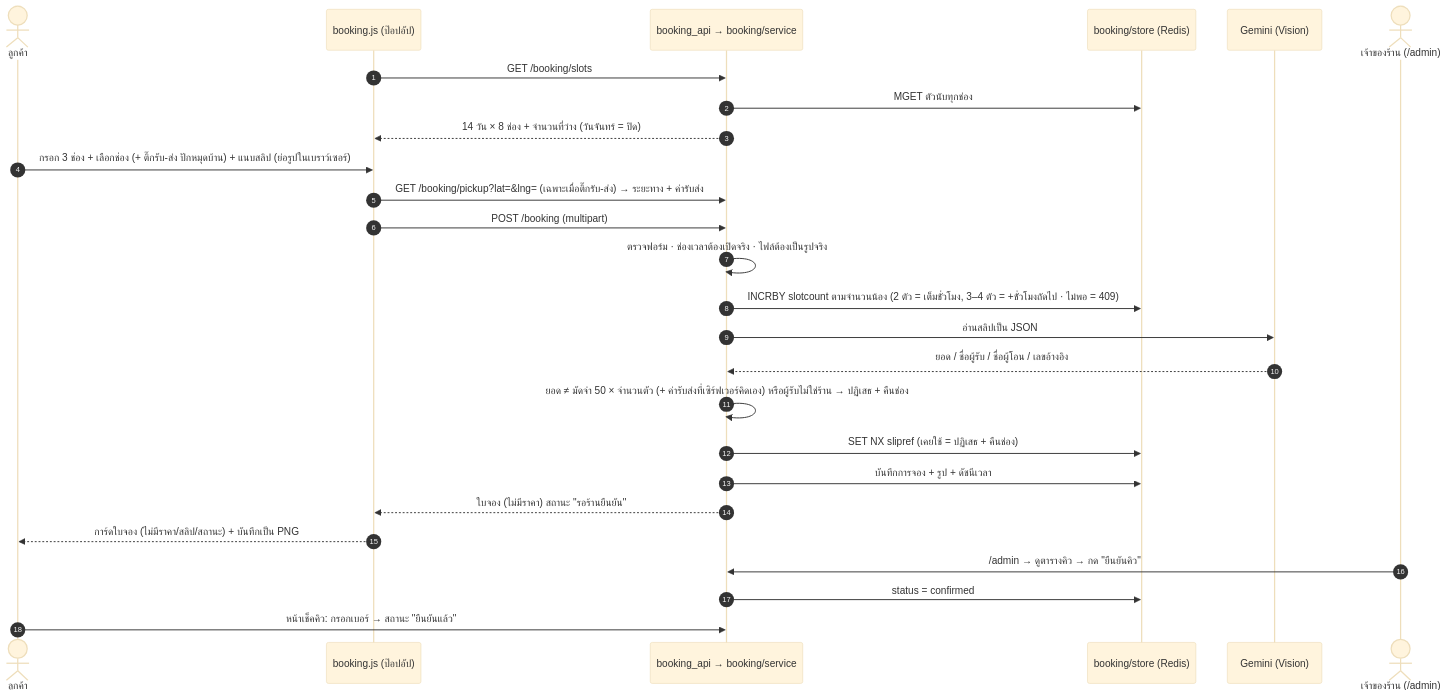
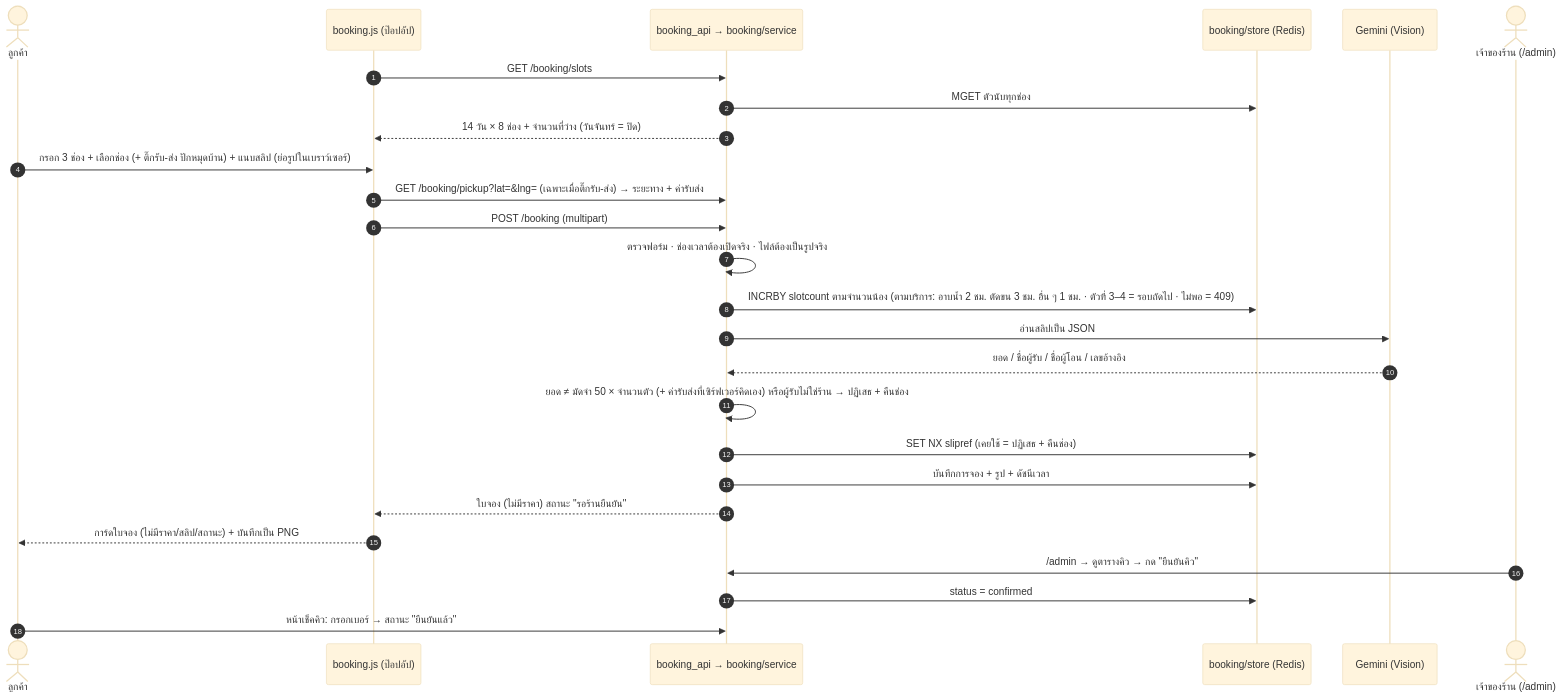
Before and after one commit to Myname30275/Project-chatbot: the fourth of 5 diagrams in docs/system-architecture.md, drawn with Mermaid (base theme). The commit also changed 33 other files, not shown here.

Commit message:
Booking: choose service, block groomer hours per service; AWS-style diagram; 15-image test; report for two developers

````diff
--- a/docs/system-architecture.md
+++ b/docs/system-architecture.md
@@ -247,29 +247,29 @@
 ```mermaid
 sequenceDiagram
     autonumber
     actor C as ลูกค้า
     participant UI as booking.js (ป๊อปอัป)
     participant API as booking_api → booking/service
     participant ST as booking/store (Redis)
     participant GM as Gemini (Vision)
     actor O as เจ้าของร้าน (/admin)
 
     UI->>API: GET /booking/slots
     API->>ST: MGET ตัวนับทุกช่อง
     API-->>UI: 14 วัน × 8 ช่อง + จำนวนที่ว่าง (วันจันทร์ = ปิด)
     C->>UI: กรอก 3 ช่อง + เลือกช่อง (+ ติ๊กรับ-ส่ง ปักหมุดบ้าน) + แนบสลิป (ย่อรูปในเบราว์เซอร์)
     UI->>API: GET /booking/pickup?lat=&lng= (เฉพาะเมื่อติ๊กรับ-ส่ง) → ระยะทาง + ค่ารับส่ง
     UI->>API: POST /booking (multipart)
     API->>API: ตรวจฟอร์ม · ช่องเวลาต้องเปิดจริง · ไฟล์ต้องเป็นรูปจริง
-    API->>ST: INCRBY slotcount ตามจำนวนน้อง (2 ตัว = เต็มชั่วโมง, 3–4 ตัว = +ชั่วโมงถัดไป · ไม่พอ = 409)
+    API->>ST: INCRBY slotcount ตามจำนวนน้อง (ตามบริการ: อาบน้ำ 2 ชม. ตัดขน 3 ชม. อื่น ๆ 1 ชม. · ตัวที่ 3–4 = รอบถัดไป · ไม่พอ = 409)
     API->>GM: อ่านสลิปเป็น JSON
     GM-->>API: ยอด / ชื่อผู้รับ / ชื่อผู้โอน / เลขอ้างอิง
     API->>API: ยอด ≠ มัดจำ 50 × จำนวนตัว (+ ค่ารับส่งที่เซิร์ฟเวอร์คิดเอง) หรือผู้รับไม่ใช่ร้าน → ปฏิเสธ + คืนช่อง
     API->>ST: SET NX slipref (เคยใช้ = ปฏิเสธ + คืนช่อง)
     API->>ST: บันทึกการจอง + รูป + ดัชนีเวลา
     API-->>UI: ใบจอง (ไม่มีราคา) สถานะ "รอร้านยืนยัน"
     UI-->>C: การ์ดใบจอง (ไม่มีราคา/สลิป/สถานะ) + บันทึกเป็น PNG
     O->>API: /admin → ดูตารางคิว → กด "ยืนยันคิว"
     API->>ST: status = confirmed
     C->>API: หน้าเช็คคิว: กรอกเบอร์ → สถานะ "ยืนยันแล้ว"
 ```
````
